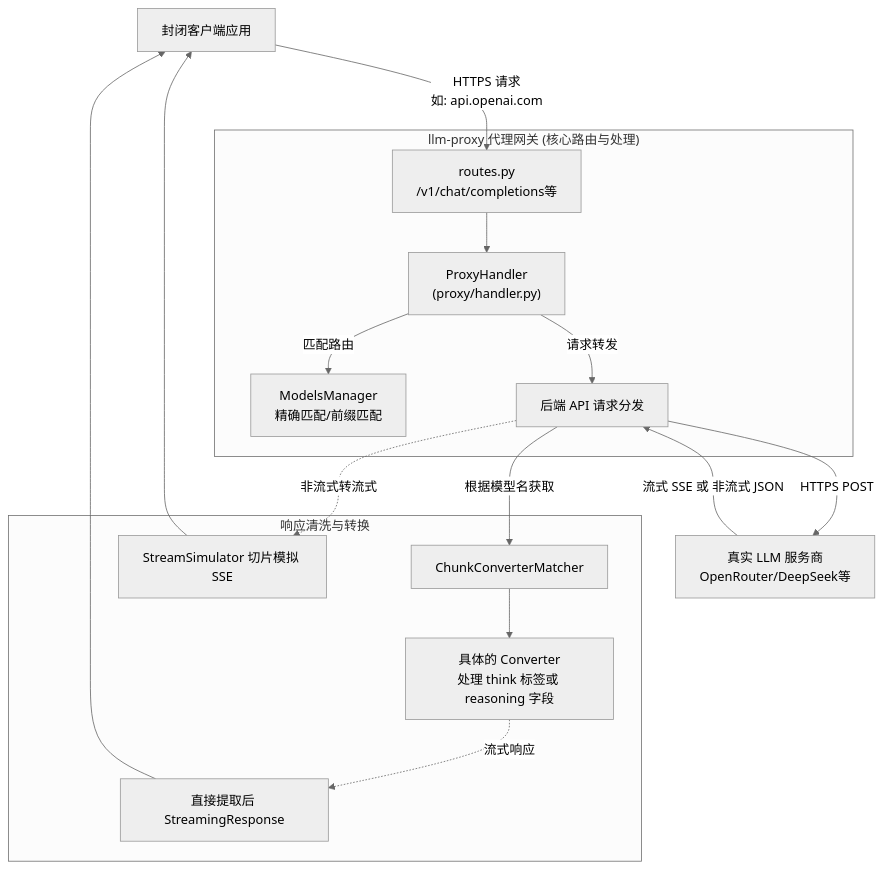
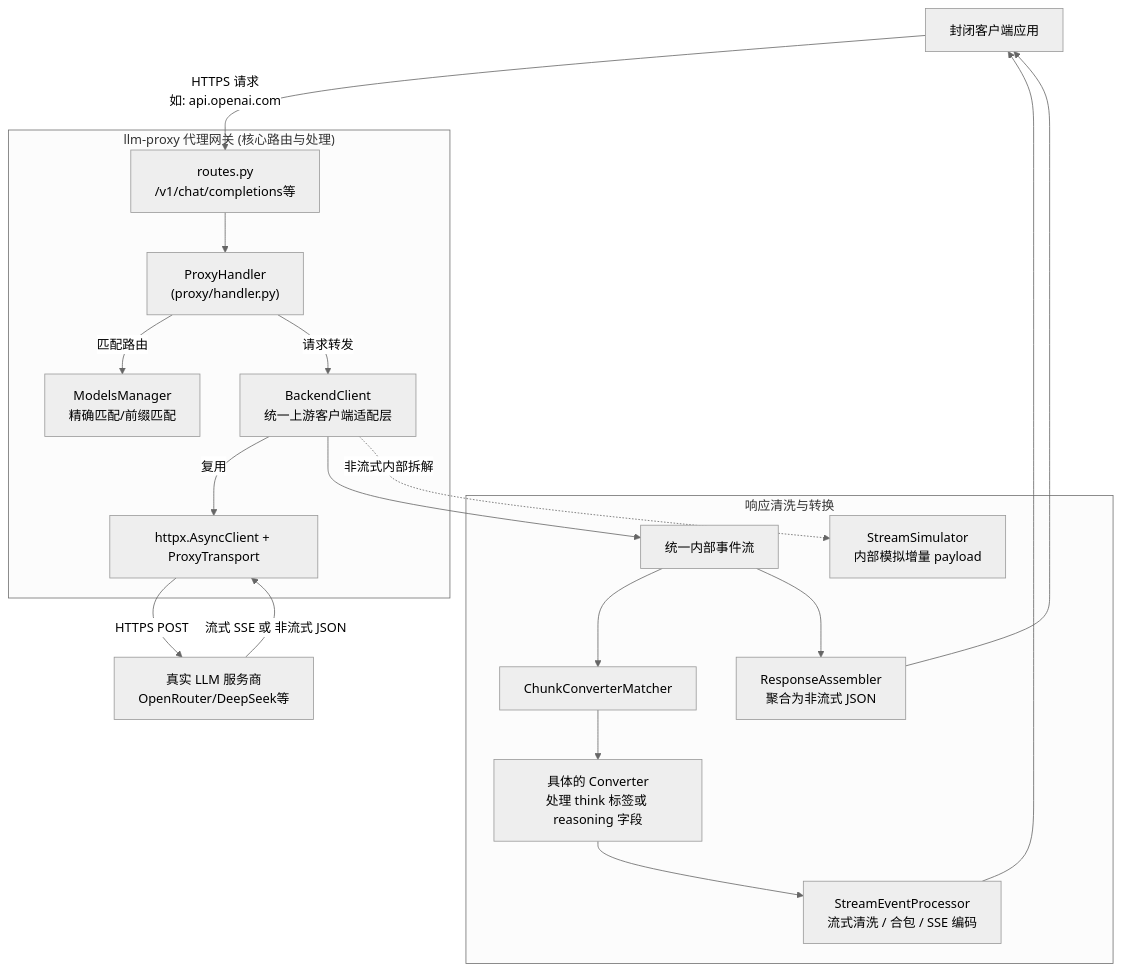
The diagram in AGENTS.md (charviki/llm-proxy), drawn with Mermaid (neutral theme) before and after one commit. The commit also changed 34 other files, not shown here.

````diff
--- a/AGENTS.md
+++ b/AGENTS.md
@@ -24,24 +24,26 @@
 ```mermaid
 graph TD
     Client["封闭客户端应用"] -->|HTTPS 请求<br>如: api.openai.com| Router
 
     subgraph ProxyCore["llm-proxy 代理网关 (核心路由与处理)"]
         Router["routes.py<br>/v1/chat/completions等"] --> Handler["ProxyHandler<br>(proxy/handler.py)"]
         Handler -->|匹配路由| ModelsManager["ModelsManager<br>精确匹配/前缀匹配"]
-        Handler -->|请求转发| BackendAPI["后端 API 请求分发"]
+        Handler -->|请求转发| BackendClient["BackendClient<br>统一上游客户端适配层"]
+        BackendClient -->|复用| BackendAPI["httpx.AsyncClient + ProxyTransport"]
     end
 
     BackendAPI -->|HTTPS POST| Provider["真实 LLM 服务商<br>OpenRouter/DeepSeek等"]
     Provider -->|流式 SSE 或 非流式 JSON| BackendAPI
 
     subgraph Response["响应清洗与转换"]
-        BackendAPI -->|"根据模型名获取"| ConverterMatcher["ChunkConverterMatcher"]
+        BackendClient --> EventStream["统一内部事件流"]
+        EventStream --> ConverterMatcher["ChunkConverterMatcher"]
         ConverterMatcher --> Converter["具体的 Converter<br>处理 think 标签或 reasoning 字段"]
-
-        Converter -.->|"流式响应"| StreamRes["直接提取后 StreamingResponse"]
-        BackendAPI -.->|"非流式转流式"| StreamSim["StreamSimulator 切片模拟 SSE"]
+        Converter --> StreamProcessor["StreamEventProcessor<br>流式清洗 / 合包 / SSE 编码"]
+        EventStream --> Assembler["ResponseAssembler<br>聚合为非流式 JSON"]
+        BackendClient -.->|"非流式内部拆解"| StreamSim["StreamSimulator<br>内部模拟增量 payload"]
     end
 
-    StreamRes --> Client
-    StreamSim --> Client
+    StreamProcessor --> Client
+    Assembler --> Client
 ```
````
